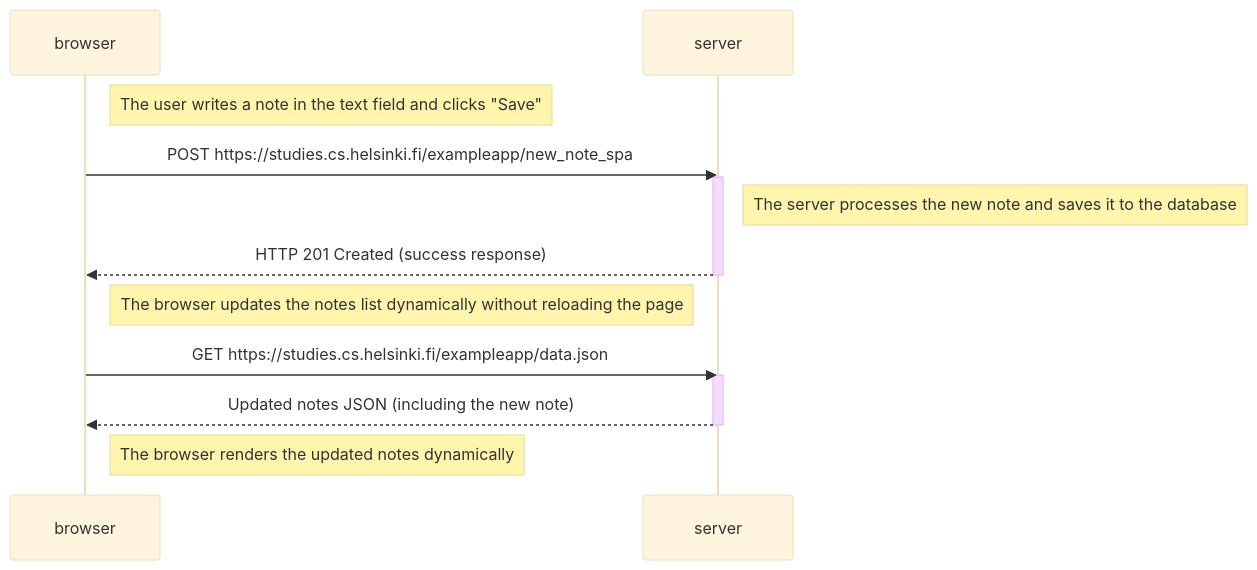
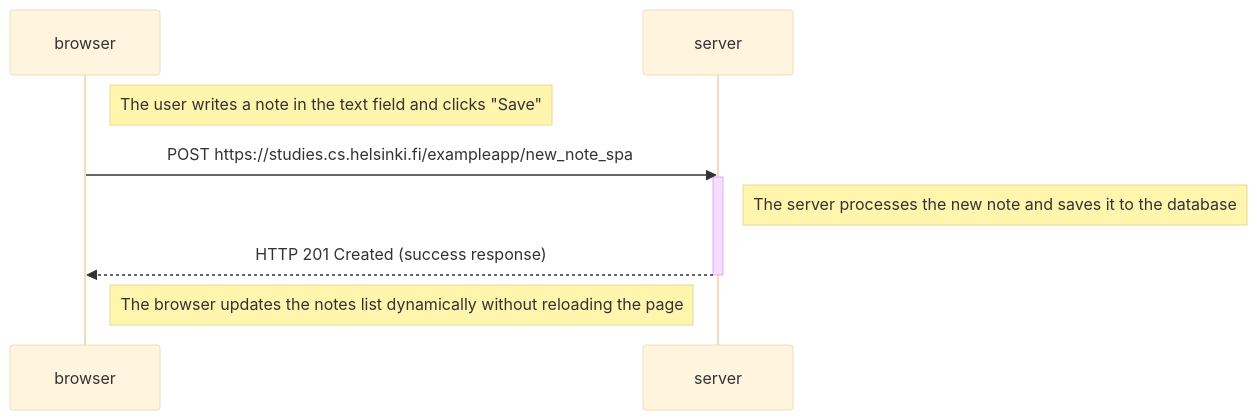
The diagram in Part0/0.6.mmd (HARVAA/test), drawn with Mermaid (base theme) before and after one commit.

Commit message:
Simplify notes update process in 0.6.mmd
Removed unnecessary HTTP GET request and related notes.

```diff
--- a/Part0/0.6.mmd
+++ b/Part0/0.6.mmd
@@ -1,20 +1,13 @@
 sequenceDiagram
     participant browser
     participant server
 
     Note right of browser: The user writes a note in the text field and clicks "Save"
 
     browser->>server: POST https://studies.cs.helsinki.fi/exampleapp/new_note_spa
     activate server
     Note right of server: The server processes the new note and saves it to the database
     server-->>browser: HTTP 201 Created (success response)
     deactivate server
 
     Note right of browser: The browser updates the notes list dynamically without reloading the page
-
-    browser->>server: GET https://studies.cs.helsinki.fi/exampleapp/data.json
-    activate server
-    server-->>browser: Updated notes JSON (including the new note)
-    deactivate server
-
-    Note right of browser: The browser renders the updated notes dynamically
```
